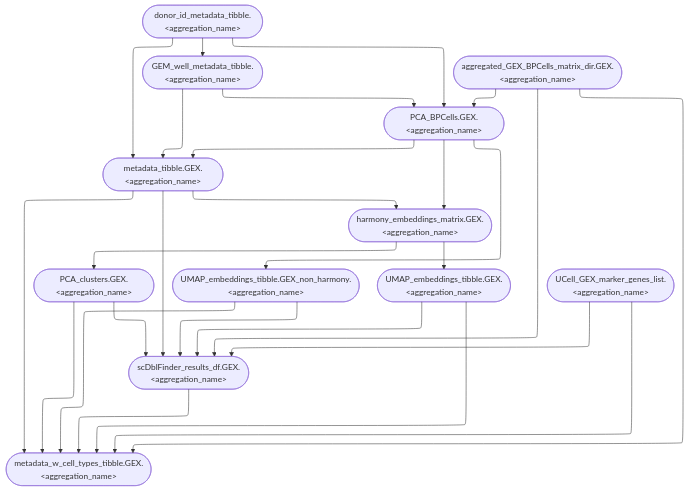
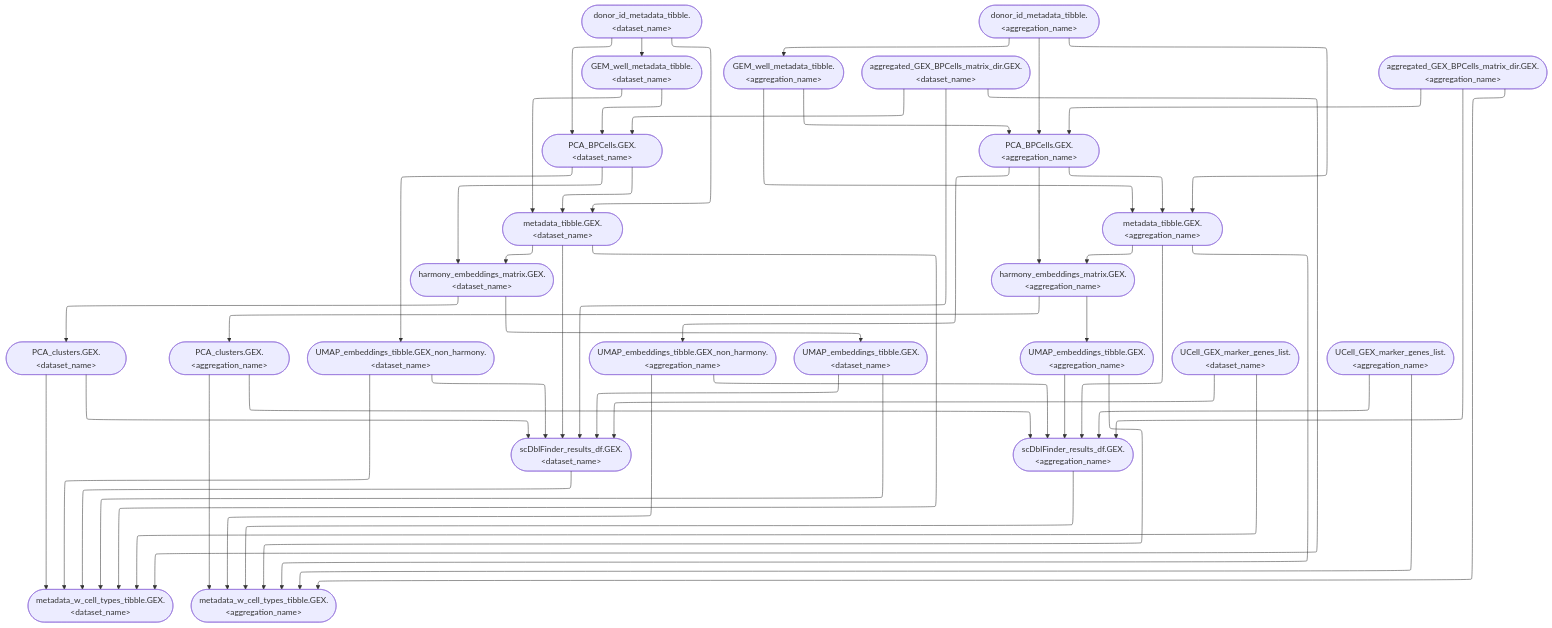
One commit to koefoeden/multiomeR changed the diagram in website/figures/human_curated/GEX_v2.mmd. Above: the diagram before and after it, drawn with Mermaid. The commit also changed 32 other files, not shown here.

```diff
--- a/website/figures/human_curated/GEX_v2.mmd
+++ b/website/figures/human_curated/GEX_v2.mmd
@@ -1,27 +1,52 @@
 %%{init: {'flowchart': {'defaultRenderer': 'elk'}}}%%
 flowchart TB
-  PCA_BPCells.GEX.brain_mouse(["PCA_BPCells.GEX.&lt;aggregation_name&gt;"]):::none --> harmony_embeddings_matrix.GEX.brain_mouse(["harmony_embeddings_matrix.GEX.&lt;aggregation_name&gt;"]):::none
-  metadata_tibble.GEX.brain_mouse(["metadata_tibble.GEX.&lt;aggregation_name&gt;"]):::none --> harmony_embeddings_matrix.GEX.brain_mouse(["harmony_embeddings_matrix.GEX.&lt;aggregation_name&gt;"]):::none
-  PCA_BPCells.GEX.brain_mouse(["PCA_BPCells.GEX.&lt;aggregation_name&gt;"]):::none --> metadata_tibble.GEX.brain_mouse(["metadata_tibble.GEX.&lt;aggregation_name&gt;"]):::none
-  donor_id_metadata_tibble.brain_mouse(["donor_id_metadata_tibble.&lt;aggregation_name&gt;"]):::none --> metadata_tibble.GEX.brain_mouse(["metadata_tibble.GEX.&lt;aggregation_name&gt;"]):::none
-  GEM_well_metadata_tibble.brain_mouse(["GEM_well_metadata_tibble.&lt;aggregation_name&gt;"]):::none --> metadata_tibble.GEX.brain_mouse(["metadata_tibble.GEX.&lt;aggregation_name&gt;"]):::none
-  scDblFinder_results_df.GEX.brain_mouse(["scDblFinder_results_df.GEX.&lt;aggregation_name&gt;"]):::none --> metadata_w_cell_types_tibble.GEX.brain_mouse(["metadata_w_cell_types_tibble.GEX.&lt;aggregation_name&gt;"]):::none
-  donor_id_metadata_tibble.brain_mouse(["donor_id_metadata_tibble.&lt;aggregation_name&gt;"]):::none --> PCA_BPCells.GEX.brain_mouse(["PCA_BPCells.GEX.&lt;aggregation_name&gt;"]):::none
-  GEM_well_metadata_tibble.brain_mouse(["GEM_well_metadata_tibble.&lt;aggregation_name&gt;"]):::none --> PCA_BPCells.GEX.brain_mouse(["PCA_BPCells.GEX.&lt;aggregation_name&gt;"]):::none
-  harmony_embeddings_matrix.GEX.brain_mouse(["harmony_embeddings_matrix.GEX.&lt;aggregation_name&gt;"]):::none --> PCA_clusters.GEX.brain_mouse(["PCA_clusters.GEX.&lt;aggregation_name&gt;"]):::none
-  donor_id_metadata_tibble.brain_mouse(["donor_id_metadata_tibble.&lt;aggregation_name&gt;"]):::none --> GEM_well_metadata_tibble.brain_mouse(["GEM_well_metadata_tibble.&lt;aggregation_name&gt;"]):::none
-  PCA_BPCells.GEX.brain_mouse(["PCA_BPCells.GEX.&lt;aggregation_name&gt;"]):::none --> UMAP_embeddings_tibble.GEX_non_harmony.brain_mouse(["UMAP_embeddings_tibble.GEX_non_harmony.&lt;aggregation_name&gt;"]):::none
-  harmony_embeddings_matrix.GEX.brain_mouse(["harmony_embeddings_matrix.GEX.&lt;aggregation_name&gt;"]):::none --> UMAP_embeddings_tibble.GEX.brain_mouse(["UMAP_embeddings_tibble.GEX.&lt;aggregation_name&gt;"]):::none
-  aggregated_GEX_BPCells_matrix_dir.GEX.brain_mouse(["aggregated_GEX_BPCells_matrix_dir.GEX.&lt;aggregation_name&gt;"]):::none --> PCA_BPCells.GEX.brain_mouse(["PCA_BPCells.GEX.&lt;aggregation_name&gt;"]):::none
-  aggregated_GEX_BPCells_matrix_dir.GEX.brain_mouse(["aggregated_GEX_BPCells_matrix_dir.GEX.&lt;aggregation_name&gt;"]):::none --> metadata_w_cell_types_tibble.GEX.brain_mouse(["metadata_w_cell_types_tibble.GEX.&lt;aggregation_name&gt;"]):::none
-  aggregated_GEX_BPCells_matrix_dir.GEX.brain_mouse(["aggregated_GEX_BPCells_matrix_dir.GEX.&lt;aggregation_name&gt;"]):::none --> scDblFinder_results_df.GEX.brain_mouse(["scDblFinder_results_df.GEX.&lt;aggregation_name&gt;"]):::none
-  UCell_GEX_marker_genes_list.brain_mouse(["UCell_GEX_marker_genes_list.&lt;aggregation_name&gt;"]):::none --> metadata_w_cell_types_tibble.GEX.brain_mouse(["metadata_w_cell_types_tibble.GEX.&lt;aggregation_name&gt;"]):::none
-  UMAP_embeddings_tibble.GEX.brain_mouse(["UMAP_embeddings_tibble.GEX.&lt;aggregation_name&gt;"]):::none --> metadata_w_cell_types_tibble.GEX.brain_mouse(["metadata_w_cell_types_tibble.GEX.&lt;aggregation_name&gt;"]):::none
-  metadata_tibble.GEX.brain_mouse(["metadata_tibble.GEX.&lt;aggregation_name&gt;"]):::none --> metadata_w_cell_types_tibble.GEX.brain_mouse(["metadata_w_cell_types_tibble.GEX.&lt;aggregation_name&gt;"]):::none
-  UMAP_embeddings_tibble.GEX_non_harmony.brain_mouse(["UMAP_embeddings_tibble.GEX_non_harmony.&lt;aggregation_name&gt;"]):::none --> metadata_w_cell_types_tibble.GEX.brain_mouse(["metadata_w_cell_types_tibble.GEX.&lt;aggregation_name&gt;"]):::none
-  PCA_clusters.GEX.brain_mouse(["PCA_clusters.GEX.&lt;aggregation_name&gt;"]):::none --> metadata_w_cell_types_tibble.GEX.brain_mouse(["metadata_w_cell_types_tibble.GEX.&lt;aggregation_name&gt;"]):::none
-  UCell_GEX_marker_genes_list.brain_mouse(["UCell_GEX_marker_genes_list.&lt;aggregation_name&gt;"]):::none --> scDblFinder_results_df.GEX.brain_mouse(["scDblFinder_results_df.GEX.&lt;aggregation_name&gt;"]):::none
-  UMAP_embeddings_tibble.GEX.brain_mouse(["UMAP_embeddings_tibble.GEX.&lt;aggregation_name&gt;"]):::none --> scDblFinder_results_df.GEX.brain_mouse(["scDblFinder_results_df.GEX.&lt;aggregation_name&gt;"]):::none
-  metadata_tibble.GEX.brain_mouse(["metadata_tibble.GEX.&lt;aggregation_name&gt;"]):::none --> scDblFinder_results_df.GEX.brain_mouse(["scDblFinder_results_df.GEX.&lt;aggregation_name&gt;"]):::none
-  UMAP_embeddings_tibble.GEX_non_harmony.brain_mouse(["UMAP_embeddings_tibble.GEX_non_harmony.&lt;aggregation_name&gt;"]):::none --> scDblFinder_results_df.GEX.brain_mouse(["scDblFinder_results_df.GEX.&lt;aggregation_name&gt;"]):::none
-  PCA_clusters.GEX.brain_mouse(["PCA_clusters.GEX.&lt;aggregation_name&gt;"]):::none --> scDblFinder_results_df.GEX.brain_mouse(["scDblFinder_results_df.GEX.&lt;aggregation_name&gt;"]):::none
+  donor_id_metadata_tibble.muscle(["donor_id_metadata_tibble.&lt;dataset_name&gt;"]):::none --> GEM_well_metadata_tibble.muscle(["GEM_well_metadata_tibble.&lt;dataset_name&gt;"]):::none
+  donor_id_metadata_tibble.muscle_test(["donor_id_metadata_tibble.&lt;aggregation_name&gt;"]):::none --> GEM_well_metadata_tibble.muscle_test(["GEM_well_metadata_tibble.&lt;aggregation_name&gt;"]):::none
+  metadata_tibble.GEX.muscle(["metadata_tibble.GEX.&lt;dataset_name&gt;"]):::none --> harmony_embeddings_matrix.GEX.muscle(["harmony_embeddings_matrix.GEX.&lt;dataset_name&gt;"]):::none
+  PCA_BPCells.GEX.muscle(["PCA_BPCells.GEX.&lt;dataset_name&gt;"]):::none --> harmony_embeddings_matrix.GEX.muscle(["harmony_embeddings_matrix.GEX.&lt;dataset_name&gt;"]):::none
+  PCA_BPCells.GEX.muscle_test(["PCA_BPCells.GEX.&lt;aggregation_name&gt;"]):::none --> harmony_embeddings_matrix.GEX.muscle_test(["harmony_embeddings_matrix.GEX.&lt;aggregation_name&gt;"]):::none
+  metadata_tibble.GEX.muscle_test(["metadata_tibble.GEX.&lt;aggregation_name&gt;"]):::none --> harmony_embeddings_matrix.GEX.muscle_test(["harmony_embeddings_matrix.GEX.&lt;aggregation_name&gt;"]):::none
+  donor_id_metadata_tibble.muscle(["donor_id_metadata_tibble.&lt;dataset_name&gt;"]):::none --> metadata_tibble.GEX.muscle(["metadata_tibble.GEX.&lt;dataset_name&gt;"]):::none
+  GEM_well_metadata_tibble.muscle(["GEM_well_metadata_tibble.&lt;dataset_name&gt;"]):::none --> metadata_tibble.GEX.muscle(["metadata_tibble.GEX.&lt;dataset_name&gt;"]):::none
+  PCA_BPCells.GEX.muscle(["PCA_BPCells.GEX.&lt;dataset_name&gt;"]):::none --> metadata_tibble.GEX.muscle(["metadata_tibble.GEX.&lt;dataset_name&gt;"]):::none
+  GEM_well_metadata_tibble.muscle_test(["GEM_well_metadata_tibble.&lt;aggregation_name&gt;"]):::none --> metadata_tibble.GEX.muscle_test(["metadata_tibble.GEX.&lt;aggregation_name&gt;"]):::none
+  donor_id_metadata_tibble.muscle_test(["donor_id_metadata_tibble.&lt;aggregation_name&gt;"]):::none --> metadata_tibble.GEX.muscle_test(["metadata_tibble.GEX.&lt;aggregation_name&gt;"]):::none
+  PCA_BPCells.GEX.muscle_test(["PCA_BPCells.GEX.&lt;aggregation_name&gt;"]):::none --> metadata_tibble.GEX.muscle_test(["metadata_tibble.GEX.&lt;aggregation_name&gt;"]):::none
+  scDblFinder_results_df.GEX.muscle(["scDblFinder_results_df.GEX.&lt;dataset_name&gt;"]):::none --> metadata_w_cell_types_tibble.GEX.muscle(["metadata_w_cell_types_tibble.GEX.&lt;dataset_name&gt;"]):::none
+  scDblFinder_results_df.GEX.muscle_test(["scDblFinder_results_df.GEX.&lt;aggregation_name&gt;"]):::none --> metadata_w_cell_types_tibble.GEX.muscle_test(["metadata_w_cell_types_tibble.GEX.&lt;aggregation_name&gt;"]):::none
+  donor_id_metadata_tibble.muscle(["donor_id_metadata_tibble.&lt;dataset_name&gt;"]):::none --> PCA_BPCells.GEX.muscle(["PCA_BPCells.GEX.&lt;dataset_name&gt;"]):::none
+  GEM_well_metadata_tibble.muscle(["GEM_well_metadata_tibble.&lt;dataset_name&gt;"]):::none --> PCA_BPCells.GEX.muscle(["PCA_BPCells.GEX.&lt;dataset_name&gt;"]):::none
+  donor_id_metadata_tibble.muscle_test(["donor_id_metadata_tibble.&lt;aggregation_name&gt;"]):::none --> PCA_BPCells.GEX.muscle_test(["PCA_BPCells.GEX.&lt;aggregation_name&gt;"]):::none
+  GEM_well_metadata_tibble.muscle_test(["GEM_well_metadata_tibble.&lt;aggregation_name&gt;"]):::none --> PCA_BPCells.GEX.muscle_test(["PCA_BPCells.GEX.&lt;aggregation_name&gt;"]):::none
+  harmony_embeddings_matrix.GEX.muscle(["harmony_embeddings_matrix.GEX.&lt;dataset_name&gt;"]):::none --> PCA_clusters.GEX.muscle(["PCA_clusters.GEX.&lt;dataset_name&gt;"]):::none
+  harmony_embeddings_matrix.GEX.muscle_test(["harmony_embeddings_matrix.GEX.&lt;aggregation_name&gt;"]):::none --> PCA_clusters.GEX.muscle_test(["PCA_clusters.GEX.&lt;aggregation_name&gt;"]):::none
+  PCA_BPCells.GEX.muscle(["PCA_BPCells.GEX.&lt;dataset_name&gt;"]):::none --> UMAP_embeddings_tibble.GEX_non_harmony.muscle(["UMAP_embeddings_tibble.GEX_non_harmony.&lt;dataset_name&gt;"]):::none
+  PCA_BPCells.GEX.muscle_test(["PCA_BPCells.GEX.&lt;aggregation_name&gt;"]):::none --> UMAP_embeddings_tibble.GEX_non_harmony.muscle_test(["UMAP_embeddings_tibble.GEX_non_harmony.&lt;aggregation_name&gt;"]):::none
+  harmony_embeddings_matrix.GEX.muscle(["harmony_embeddings_matrix.GEX.&lt;dataset_name&gt;"]):::none --> UMAP_embeddings_tibble.GEX.muscle(["UMAP_embeddings_tibble.GEX.&lt;dataset_name&gt;"]):::none
+  harmony_embeddings_matrix.GEX.muscle_test(["harmony_embeddings_matrix.GEX.&lt;aggregation_name&gt;"]):::none --> UMAP_embeddings_tibble.GEX.muscle_test(["UMAP_embeddings_tibble.GEX.&lt;aggregation_name&gt;"]):::none
+  aggregated_GEX_BPCells_matrix_dir.GEX.muscle(["aggregated_GEX_BPCells_matrix_dir.GEX.&lt;dataset_name&gt;"]):::none --> PCA_BPCells.GEX.muscle(["PCA_BPCells.GEX.&lt;dataset_name&gt;"]):::none
+  aggregated_GEX_BPCells_matrix_dir.GEX.muscle(["aggregated_GEX_BPCells_matrix_dir.GEX.&lt;dataset_name&gt;"]):::none --> metadata_w_cell_types_tibble.GEX.muscle(["metadata_w_cell_types_tibble.GEX.&lt;dataset_name&gt;"]):::none
+  aggregated_GEX_BPCells_matrix_dir.GEX.muscle(["aggregated_GEX_BPCells_matrix_dir.GEX.&lt;dataset_name&gt;"]):::none --> scDblFinder_results_df.GEX.muscle(["scDblFinder_results_df.GEX.&lt;dataset_name&gt;"]):::none
+  aggregated_GEX_BPCells_matrix_dir.GEX.muscle_test(["aggregated_GEX_BPCells_matrix_dir.GEX.&lt;aggregation_name&gt;"]):::none --> PCA_BPCells.GEX.muscle_test(["PCA_BPCells.GEX.&lt;aggregation_name&gt;"]):::none
+  aggregated_GEX_BPCells_matrix_dir.GEX.muscle_test(["aggregated_GEX_BPCells_matrix_dir.GEX.&lt;aggregation_name&gt;"]):::none --> metadata_w_cell_types_tibble.GEX.muscle_test(["metadata_w_cell_types_tibble.GEX.&lt;aggregation_name&gt;"]):::none
+  aggregated_GEX_BPCells_matrix_dir.GEX.muscle_test(["aggregated_GEX_BPCells_matrix_dir.GEX.&lt;aggregation_name&gt;"]):::none --> scDblFinder_results_df.GEX.muscle_test(["scDblFinder_results_df.GEX.&lt;aggregation_name&gt;"]):::none
+  UCell_GEX_marker_genes_list.muscle(["UCell_GEX_marker_genes_list.&lt;dataset_name&gt;"]):::none --> metadata_w_cell_types_tibble.GEX.muscle(["metadata_w_cell_types_tibble.GEX.&lt;dataset_name&gt;"]):::none
+  UMAP_embeddings_tibble.GEX.muscle(["UMAP_embeddings_tibble.GEX.&lt;dataset_name&gt;"]):::none --> metadata_w_cell_types_tibble.GEX.muscle(["metadata_w_cell_types_tibble.GEX.&lt;dataset_name&gt;"]):::none
+  PCA_clusters.GEX.muscle(["PCA_clusters.GEX.&lt;dataset_name&gt;"]):::none --> metadata_w_cell_types_tibble.GEX.muscle(["metadata_w_cell_types_tibble.GEX.&lt;dataset_name&gt;"]):::none
+  metadata_tibble.GEX.muscle(["metadata_tibble.GEX.&lt;dataset_name&gt;"]):::none --> metadata_w_cell_types_tibble.GEX.muscle(["metadata_w_cell_types_tibble.GEX.&lt;dataset_name&gt;"]):::none
+  UMAP_embeddings_tibble.GEX_non_harmony.muscle(["UMAP_embeddings_tibble.GEX_non_harmony.&lt;dataset_name&gt;"]):::none --> metadata_w_cell_types_tibble.GEX.muscle(["metadata_w_cell_types_tibble.GEX.&lt;dataset_name&gt;"]):::none
+  UCell_GEX_marker_genes_list.muscle(["UCell_GEX_marker_genes_list.&lt;dataset_name&gt;"]):::none --> scDblFinder_results_df.GEX.muscle(["scDblFinder_results_df.GEX.&lt;dataset_name&gt;"]):::none
+  UMAP_embeddings_tibble.GEX.muscle(["UMAP_embeddings_tibble.GEX.&lt;dataset_name&gt;"]):::none --> scDblFinder_results_df.GEX.muscle(["scDblFinder_results_df.GEX.&lt;dataset_name&gt;"]):::none
+  PCA_clusters.GEX.muscle(["PCA_clusters.GEX.&lt;dataset_name&gt;"]):::none --> scDblFinder_results_df.GEX.muscle(["scDblFinder_results_df.GEX.&lt;dataset_name&gt;"]):::none
+  metadata_tibble.GEX.muscle(["metadata_tibble.GEX.&lt;dataset_name&gt;"]):::none --> scDblFinder_results_df.GEX.muscle(["scDblFinder_results_df.GEX.&lt;dataset_name&gt;"]):::none
+  UMAP_embeddings_tibble.GEX_non_harmony.muscle(["UMAP_embeddings_tibble.GEX_non_harmony.&lt;dataset_name&gt;"]):::none --> scDblFinder_results_df.GEX.muscle(["scDblFinder_results_df.GEX.&lt;dataset_name&gt;"]):::none
+  UCell_GEX_marker_genes_list.muscle_test(["UCell_GEX_marker_genes_list.&lt;aggregation_name&gt;"]):::none --> metadata_w_cell_types_tibble.GEX.muscle_test(["metadata_w_cell_types_tibble.GEX.&lt;aggregation_name&gt;"]):::none
+  metadata_tibble.GEX.muscle_test(["metadata_tibble.GEX.&lt;aggregation_name&gt;"]):::none --> metadata_w_cell_types_tibble.GEX.muscle_test(["metadata_w_cell_types_tibble.GEX.&lt;aggregation_name&gt;"]):::none
+  UMAP_embeddings_tibble.GEX.muscle_test(["UMAP_embeddings_tibble.GEX.&lt;aggregation_name&gt;"]):::none --> metadata_w_cell_types_tibble.GEX.muscle_test(["metadata_w_cell_types_tibble.GEX.&lt;aggregation_name&gt;"]):::none
+  PCA_clusters.GEX.muscle_test(["PCA_clusters.GEX.&lt;aggregation_name&gt;"]):::none --> metadata_w_cell_types_tibble.GEX.muscle_test(["metadata_w_cell_types_tibble.GEX.&lt;aggregation_name&gt;"]):::none
+  UMAP_embeddings_tibble.GEX_non_harmony.muscle_test(["UMAP_embeddings_tibble.GEX_non_harmony.&lt;aggregation_name&gt;"]):::none --> metadata_w_cell_types_tibble.GEX.muscle_test(["metadata_w_cell_types_tibble.GEX.&lt;aggregation_name&gt;"]):::none
+  UCell_GEX_marker_genes_list.muscle_test(["UCell_GEX_marker_genes_list.&lt;aggregation_name&gt;"]):::none --> scDblFinder_results_df.GEX.muscle_test(["scDblFinder_results_df.GEX.&lt;aggregation_name&gt;"]):::none
+  metadata_tibble.GEX.muscle_test(["metadata_tibble.GEX.&lt;aggregation_name&gt;"]):::none --> scDblFinder_results_df.GEX.muscle_test(["scDblFinder_results_df.GEX.&lt;aggregation_name&gt;"]):::none
+  UMAP_embeddings_tibble.GEX.muscle_test(["UMAP_embeddings_tibble.GEX.&lt;aggregation_name&gt;"]):::none --> scDblFinder_results_df.GEX.muscle_test(["scDblFinder_results_df.GEX.&lt;aggregation_name&gt;"]):::none
+  PCA_clusters.GEX.muscle_test(["PCA_clusters.GEX.&lt;aggregation_name&gt;"]):::none --> scDblFinder_results_df.GEX.muscle_test(["scDblFinder_results_df.GEX.&lt;aggregation_name&gt;"]):::none
+  UMAP_embeddings_tibble.GEX_non_harmony.muscle_test(["UMAP_embeddings_tibble.GEX_non_harmony.&lt;aggregation_name&gt;"]):::none --> scDblFinder_results_df.GEX.muscle_test(["scDblFinder_results_df.GEX.&lt;aggregation_name&gt;"]):::none
```
